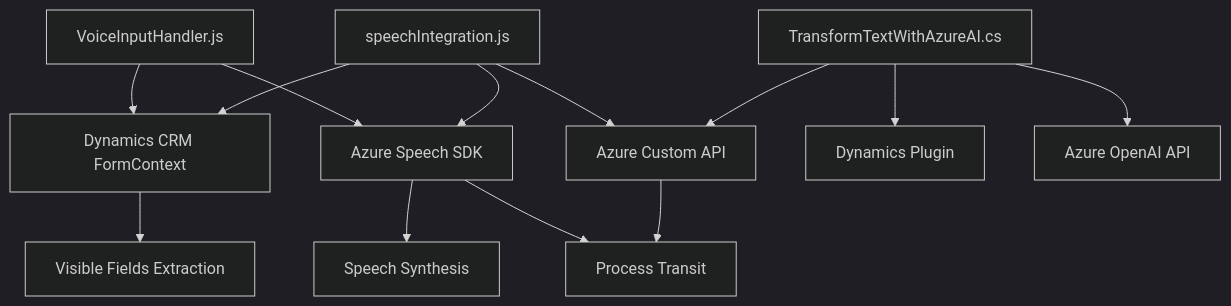
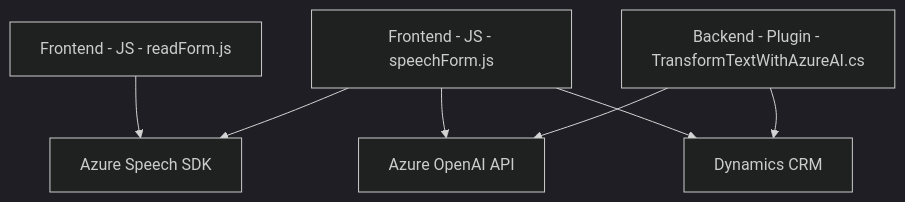
One commit to blopezdm/NETCORE_BILBAO2025 changed the diagram in README.md. Above: the diagram before and after it, drawn with Mermaid (dark theme). The commit also changed other lines of this file, not shown here.

````diff
--- a/README.md
+++ b/README.md
@@ -41,15 +48,16 @@
 ```mermaid
 graph TD
-    A["VoiceInputHandler.js"] --> B["Azure Speech SDK"]
-    A --> C["Dynamics CRM FormContext"]
-    B --> G["Speech Recognition"]
-    B --> H["Speech Synthesis"]
-    C --> E["Visible Fields Extraction"]
-    F["speechIntegration.js"] --> B
-    F --> C
-    F --> D["Azure Custom API"]
-    D --> G["Process Transit"]
-    I["TransformTextWithAzureAI.cs"] --> J["Dynamics Plugin"]
-    I --> D
-    I --> K["Azure OpenAI API"]
+  A["Frontend - JS - readForm.js"]
+  B["Frontend - JS - speechForm.js"]
+  C["Backend - Plugin - TransformTextWithAzureAI.cs"]
+  D["Azure Speech SDK"]
+  E["Azure OpenAI API"]
+  F["Dynamics CRM"]
+
+  A --> D
+  B --> D
+  B --> E
+  B --> F
+  C --> F
+  C --> E
 ```
````
